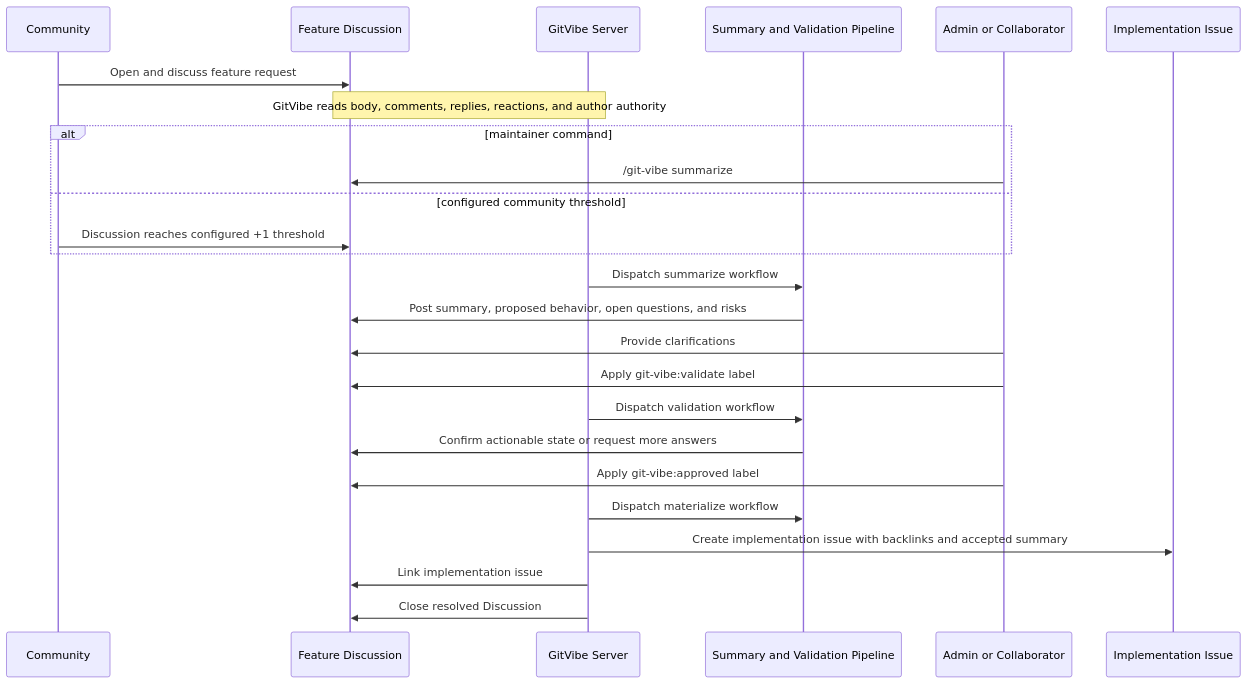
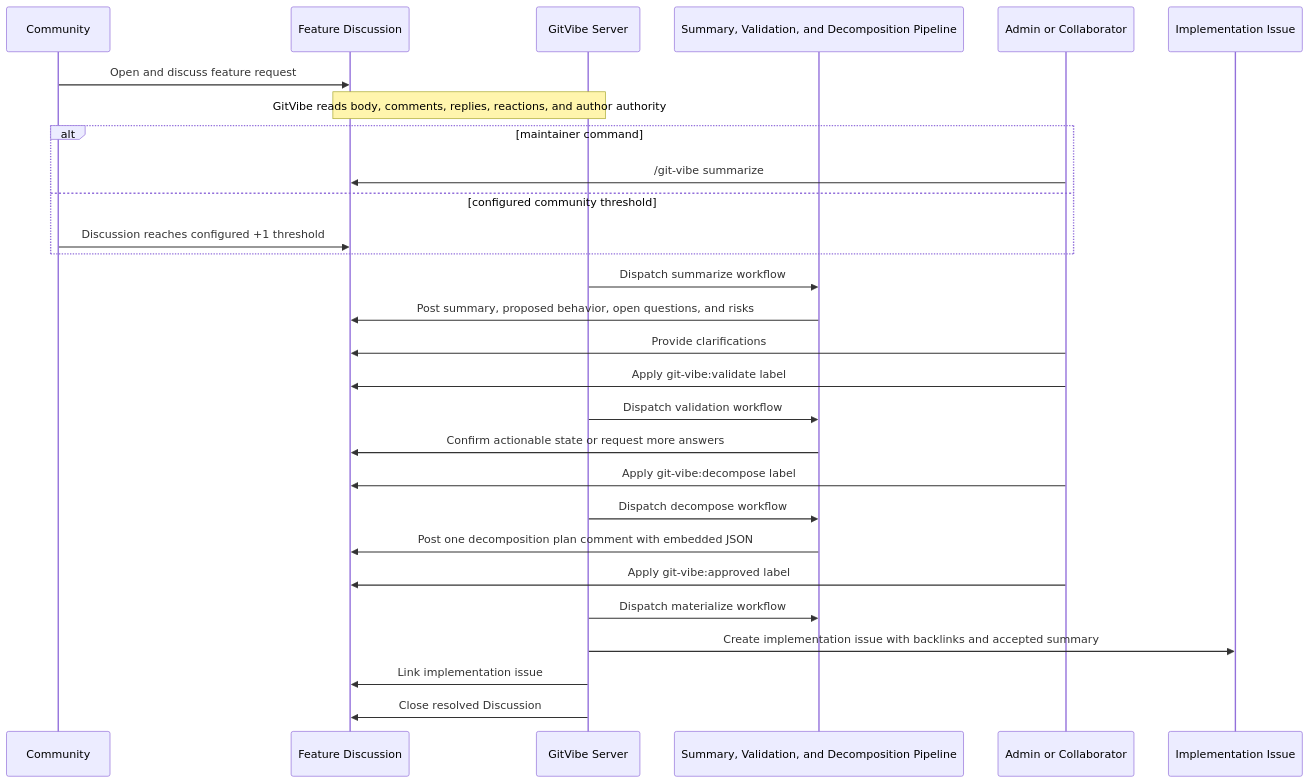
Before and after one commit to markhuangai/git-vibe: the fifth of 6 diagrams in docs/WORKFLOW.md, drawn with Mermaid. The commit also changed other lines of this file and 46 other files, not shown here.

````diff
--- a/docs/WORKFLOW.md
+++ b/docs/WORKFLOW.md
@@ -325,32 +333,36 @@
 ```mermaid
 sequenceDiagram
   participant Community as Community
   participant Disc as Feature Discussion
   participant App as GitVibe Server
-  participant AI as Summary and Validation Pipeline
+  participant AI as Summary, Validation, and Decomposition Pipeline
   participant Maint as Admin or Collaborator
   participant Issue as Implementation Issue
 
   Community->>Disc: Open and discuss feature request
   Note over Disc,App: GitVibe reads body, comments, replies, reactions, and author authority
 
   alt maintainer command
     Maint->>Disc: /git-vibe summarize
   else configured community threshold
     Community->>Disc: Discussion reaches configured +1 threshold
   end
 
   App->>AI: Dispatch summarize workflow
   AI->>Disc: Post summary, proposed behavior, open questions, and risks
 
   Maint->>Disc: Provide clarifications
   Maint->>Disc: Apply git-vibe:validate label
   App->>AI: Dispatch validation workflow
   AI->>Disc: Confirm actionable state or request more answers
 
+  Maint->>Disc: Apply git-vibe:decompose label
+  App->>AI: Dispatch decompose workflow
+  AI->>Disc: Post one decomposition plan comment with embedded JSON
+
   Maint->>Disc: Apply git-vibe:approved label
   App->>AI: Dispatch materialize workflow
   App->>Issue: Create implementation issue with backlinks and accepted summary
   App->>Disc: Link implementation issue
   App->>Disc: Close resolved Discussion
 ```
````
